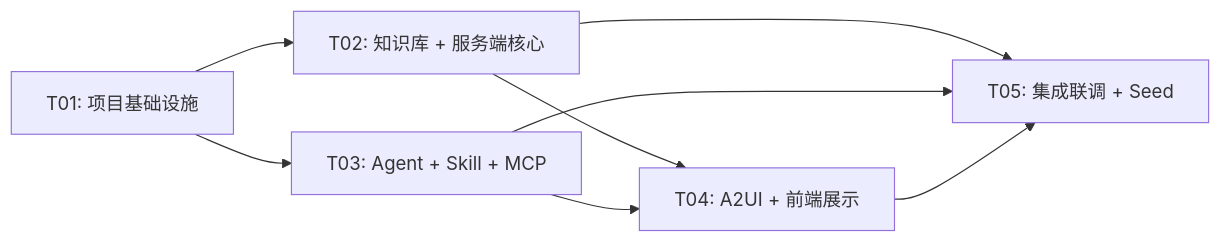
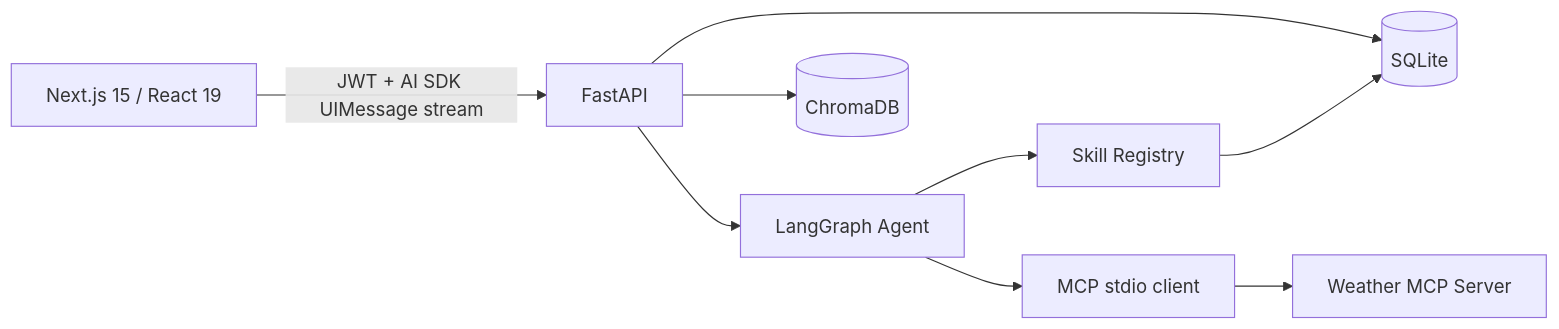
One commit to Wangyunfei001/guanxin-v2 changed the first of 2 diagrams in docs/architecture.md. Above: the diagram before and after it, drawn with Mermaid. The commit also changed other lines of this file and 60 other files, not shown here.

````diff
--- a/docs/architecture.md
+++ b/docs/architecture.md
@@ -1143,10 +10,11 @@
 ```mermaid
-graph LR
-    T01[T01: 项目基础设施] --> T02[T02: 知识库 + 服务端核心]
-    T01 --> T03[T03: Agent + Skill + MCP]
-    T02 --> T04[T04: A2UI + 前端展示]
-    T03 --> T04
-    T02 --> T05[T05: 集成联调 + Seed]
-    T03 --> T05
-    T04 --> T05
+flowchart LR
+    UI[Next.js 15 / React 19] -->|JWT + AI SDK UIMessage stream| API[FastAPI]
+    API --> Agent[LangGraph Agent]
+    API --> SQLite[(SQLite)]
+    API --> Chroma[(ChromaDB)]
+    Agent --> Skills[Skill Registry]
+    Agent --> MCP[MCP stdio client]
+    Skills --> SQLite
+    MCP --> Weather[Weather MCP Server]
 ```
````
